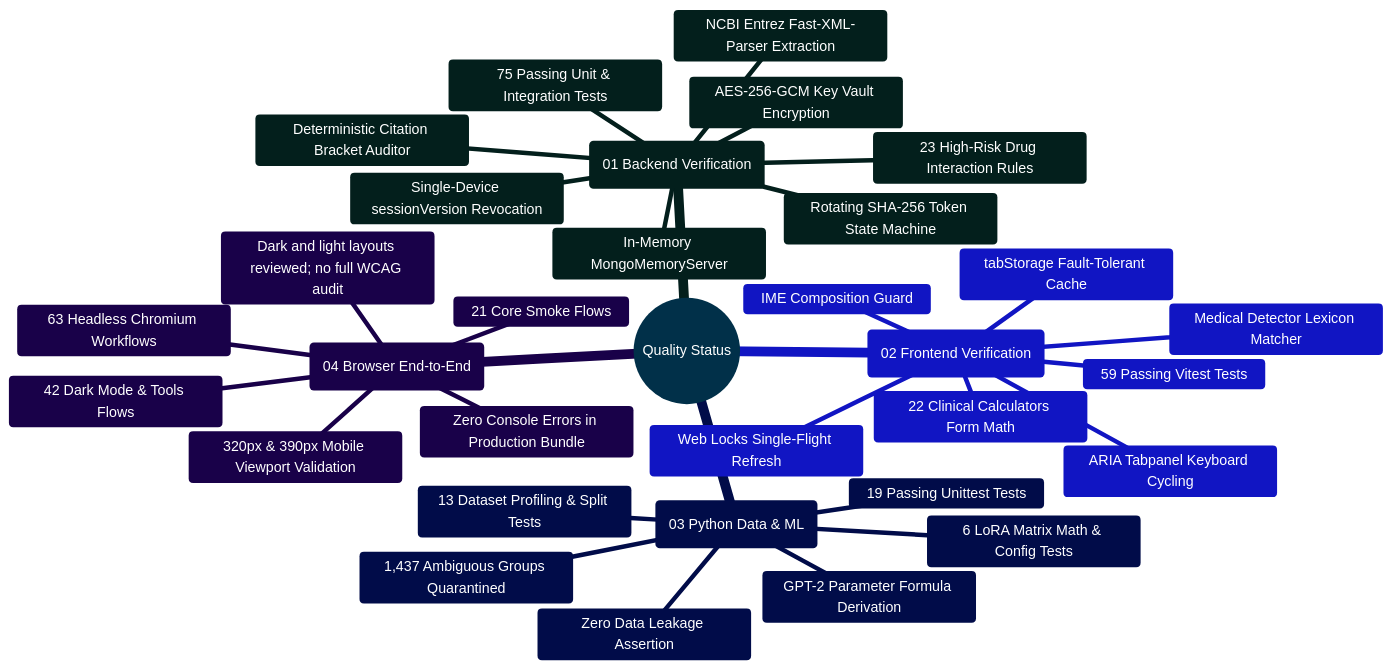
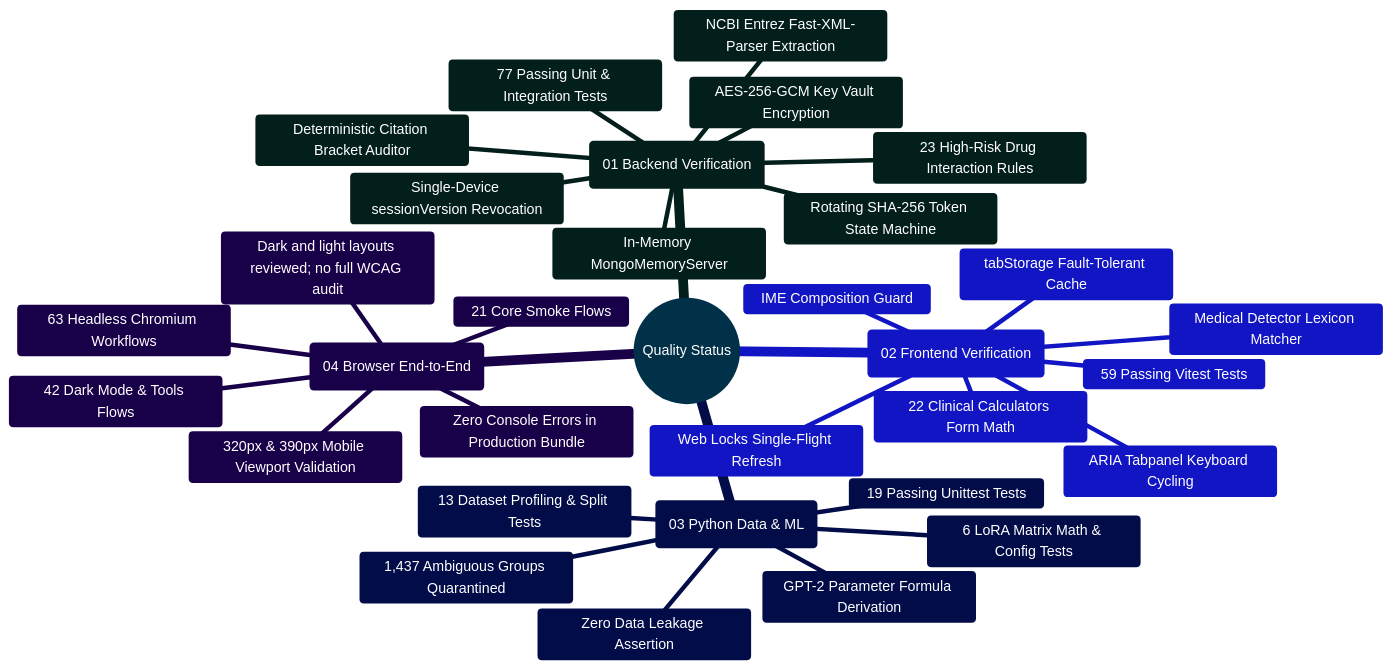
One commit to Ganesh172919/React-App-LLM changed the first of 2 diagrams in docs/IMPLEMENTATION_STATUS.md. Above: the diagram before and after it, drawn with Mermaid. The commit also changed other lines of this file and 39 other files, not shown here.

````diff
--- a/docs/IMPLEMENTATION_STATUS.md
+++ b/docs/IMPLEMENTATION_STATUS.md
@@ -68,37 +68,37 @@
 ```mermaid
 %%{init: {'theme': 'base', 'themeVariables': { 'primaryColor': '#0284c7', 'primaryTextColor': '#ffffff', 'primaryBorderColor': '#0369a1', 'lineColor': '#0284c7', 'secondaryColor': '#0d9488', 'tertiaryColor': '#6366f1' }}}%%
 mindmap
   root((Quality Status))
     ::icon(fa fa-check-circle)
     (01 Backend Verification)
-      75 Passing Unit & Integration Tests
+      77 Passing Unit & Integration Tests
       In-Memory MongoMemoryServer
       Single-Device sessionVersion Revocation
       Rotating SHA-256 Token State Machine
       AES-256-GCM Key Vault Encryption
       NCBI Entrez Fast-XML-Parser Extraction
       Deterministic Citation Bracket Auditor
       23 High-Risk Drug Interaction Rules
     (02 Frontend Verification)
       59 Passing Vitest Tests
       Web Locks Single-Flight Refresh
       tabStorage Fault-Tolerant Cache
       IME Composition Guard
       Medical Detector Lexicon Matcher
       22 Clinical Calculators Form Math
       ARIA Tabpanel Keyboard Cycling
     (03 Python Data & ML)
       19 Passing Unittest Tests
       13 Dataset Profiling & Split Tests
       6 LoRA Matrix Math & Config Tests
       Zero Data Leakage Assertion
       1,437 Ambiguous Groups Quarantined
       GPT-2 Parameter Formula Derivation
     (04 Browser End-to-End)
       63 Headless Chromium Workflows
       21 Core Smoke Flows
       42 Dark Mode & Tools Flows
       320px & 390px Mobile Viewport Validation
       Dark and light layouts reviewed; no full WCAG audit
       Zero Console Errors in Production Bundle
 ```
````
